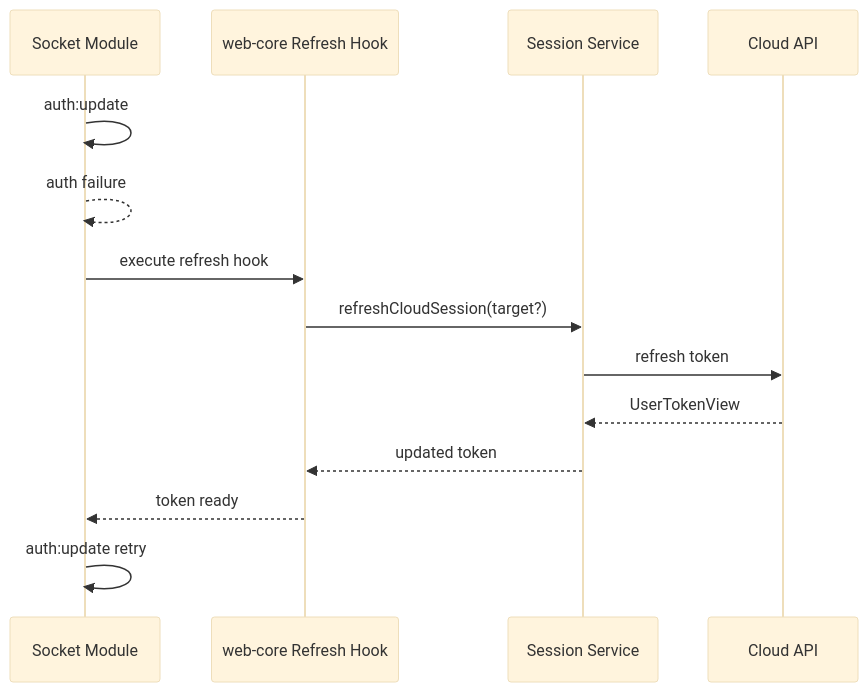
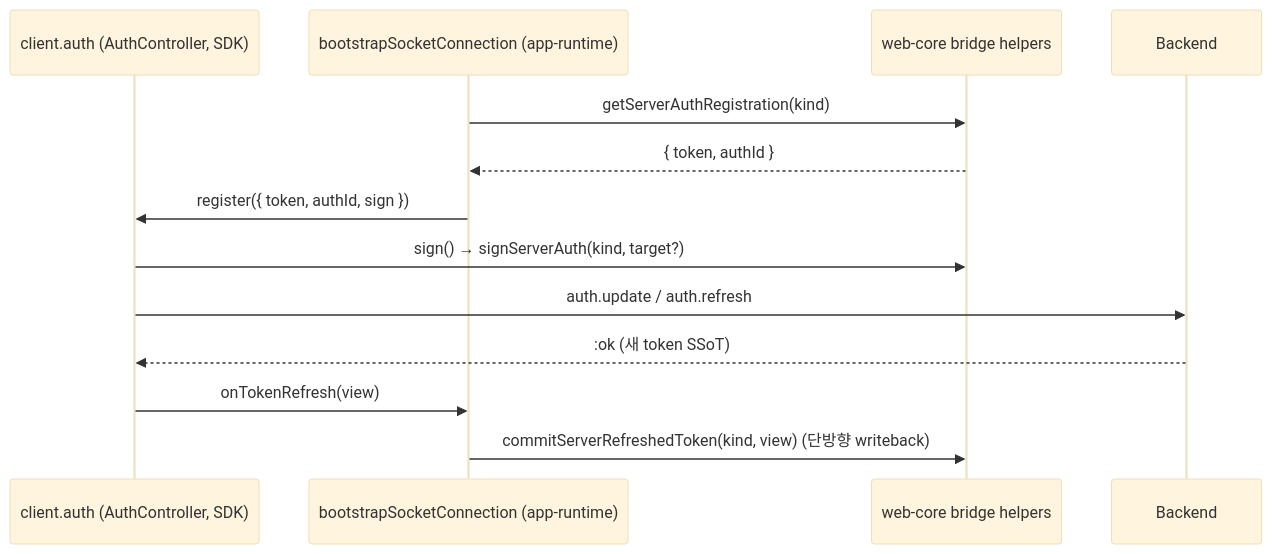
The fourth of 14 diagrams in libs/web-core/docs/session/session-scenarios.md (lemoncloud-io/dou-app), drawn with Mermaid (base theme) before and after one commit. The commit also changed other lines of this file and 19 other files, not shown here.

First line of the commit message:
refactor(web-core): extract config module and group the public barrel

````diff
--- a/libs/web-core/docs/session/session-scenarios.md
+++ b/libs/web-core/docs/session/session-scenarios.md
@@ -412,16 +392,15 @@
 ```mermaid
 sequenceDiagram
-  participant Socket as Socket Module
-  participant Hook as web-core Refresh Hook
-  participant S as Session Service
-  participant C as Cloud API
-  Socket->>Socket: auth:update
-  Socket-->>Socket: auth failure
-  Socket->>Hook: execute refresh hook
-  Hook->>S: refreshCloudSession(target?)
-  S->>C: refresh token
-  C-->>S: UserTokenView
-  S-->>Hook: updated token
-  Hook-->>Socket: token ready
-  Socket->>Socket: auth:update retry
+  participant AC as client.auth (AuthController, SDK)
+  participant WIRE as bootstrapSocketConnection (app-runtime)
+  participant WC as web-core bridge helpers
+  participant C as Backend
+  WIRE->>WC: getServerAuthRegistration(kind)
+  WC-->>WIRE: { token, authId }
+  WIRE->>AC: register({ token, authId, sign })
+  AC->>WC: sign() → signServerAuth(kind, target?)
+  AC->>C: auth.update / auth.refresh
+  C-->>AC: :ok (새 token SSoT)
+  AC->>WIRE: onTokenRefresh(view)
+  WIRE->>WC: commitServerRefreshedToken(kind, view)  (단방향 writeback)
 ```
````
